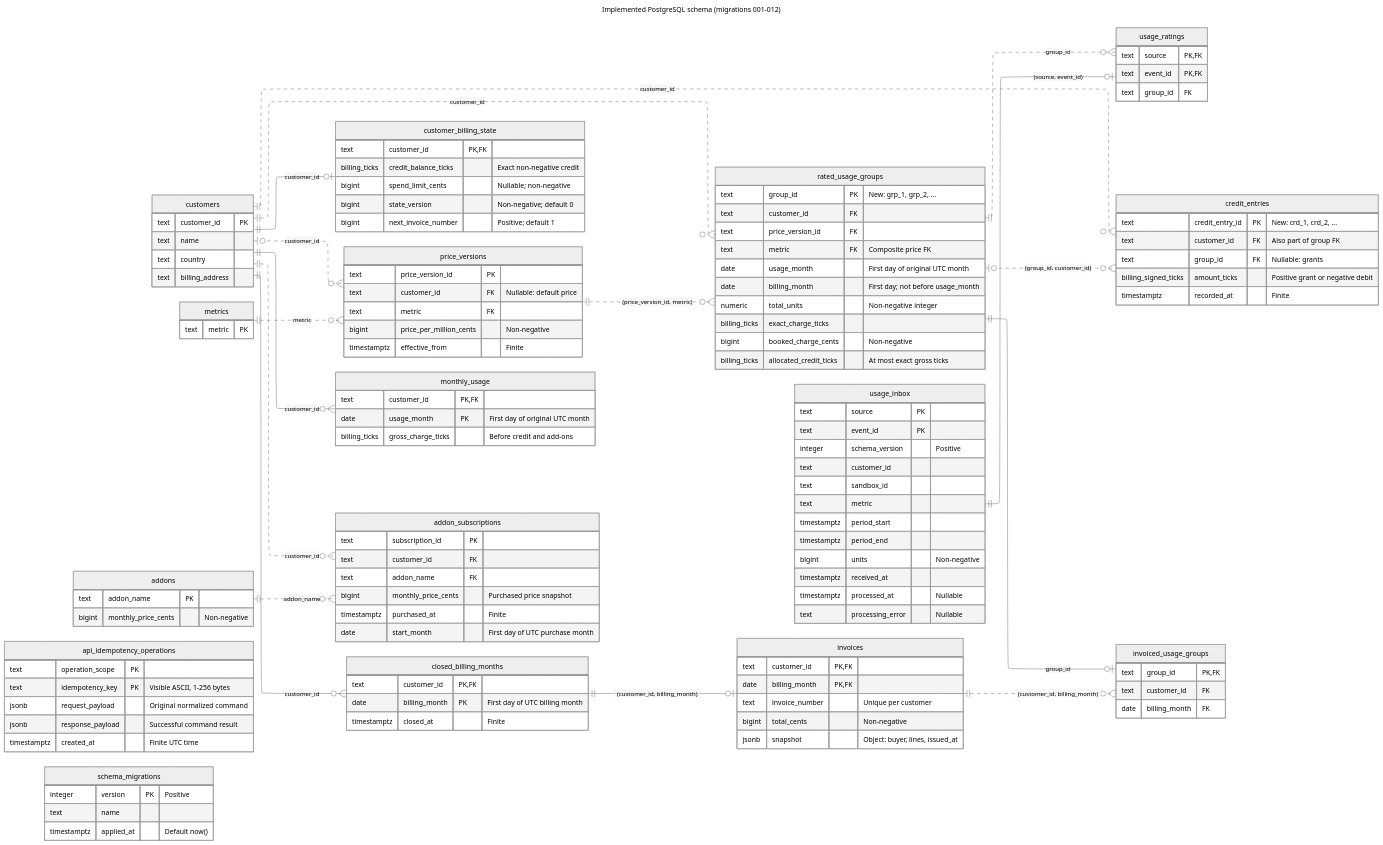
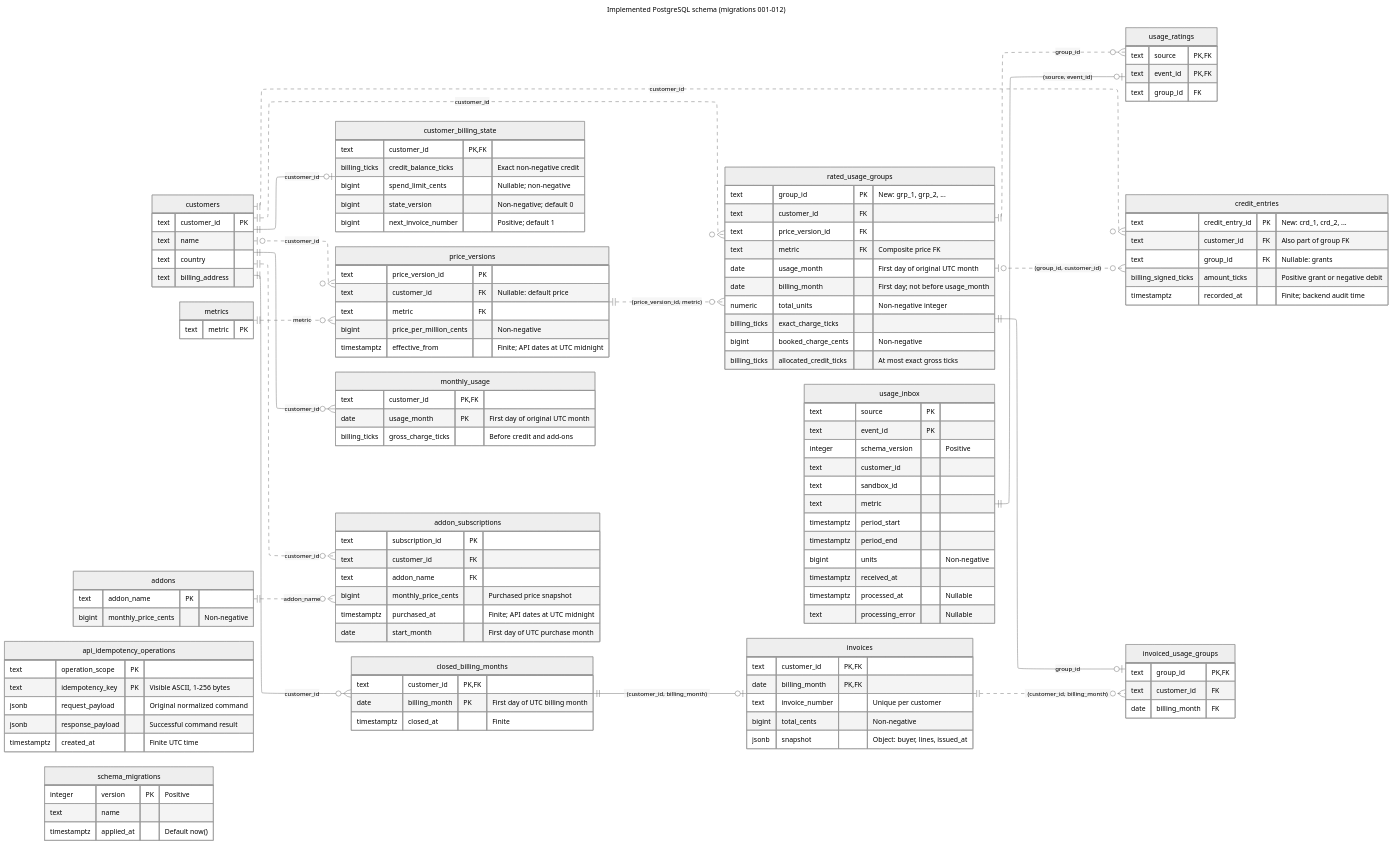
The diagram in docs/diagrams/implemented-data-model/implemented-data-model.mmd (pupitooo/e2b-billing-api), drawn with Mermaid (neutral theme) before and after one commit. The commit also changed 55 other files, not shown here.

First line of the commit message:
Use calendar dates for billing commands and server credit audit time

```diff
--- a/docs/diagrams/implemented-data-model/implemented-data-model.mmd
+++ b/docs/diagrams/implemented-data-model/implemented-data-model.mmd
@@ -1,161 +1,161 @@
 ---
 title: Implemented PostgreSQL schema (migrations 001-012)
 config:
   layout: elk
 ---
 erDiagram
     direction LR
 
     customers ||--o| customer_billing_state : customer_id
     customers |o..o{ price_versions : customer_id
     metrics ||..o{ price_versions : metric
     customers ||..o{ rated_usage_groups : customer_id
     price_versions ||..o{ rated_usage_groups : "(price_version_id, metric)"
     usage_inbox ||--o| usage_ratings : "(source, event_id)"
     rated_usage_groups ||..o{ usage_ratings : group_id
     customers ||--o{ monthly_usage : customer_id
     customers ||..o{ credit_entries : customer_id
     rated_usage_groups |o..o{ credit_entries : "(group_id, customer_id)"
     customers ||..o{ addon_subscriptions : customer_id
     addons ||..o{ addon_subscriptions : addon_name
 
     customers ||--o{ closed_billing_months : customer_id
     closed_billing_months ||--o| invoices : "(customer_id, billing_month)"
     invoices ||..o{ invoiced_usage_groups : "(customer_id, billing_month)"
     rated_usage_groups ||--o| invoiced_usage_groups : group_id
 
     usage_inbox {
         text source PK
         text event_id PK
         integer schema_version "Positive"
         text customer_id
         text sandbox_id
         text metric
         timestamptz period_start
         timestamptz period_end
         bigint units "Non-negative"
         timestamptz received_at
         timestamptz processed_at "Nullable"
         text processing_error "Nullable"
     }
     usage_ratings {
         text source PK,FK
         text event_id PK,FK
         text group_id FK
     }
     rated_usage_groups {
         text group_id PK "New: grp_1, grp_2, ..."
         text customer_id FK
         text price_version_id FK
         text metric FK "Composite price FK"
         date usage_month "First day of original UTC month"
         date billing_month "First day; not before usage_month"
         numeric total_units "Non-negative integer"
         billing_ticks exact_charge_ticks
         bigint booked_charge_cents "Non-negative"
         billing_ticks allocated_credit_ticks "At most exact gross ticks"
     }
     customers {
         text customer_id PK
         text name
         text country
         text billing_address
     }
     customer_billing_state {
         text customer_id PK,FK
         billing_ticks credit_balance_ticks "Exact non-negative credit"
         bigint spend_limit_cents "Nullable; non-negative"
         bigint state_version "Non-negative; default 0"
         bigint next_invoice_number "Positive; default 1"
     }
     metrics {
         text metric PK
     }
     price_versions {
         text price_version_id PK
         text customer_id FK "Nullable: default price"
         text metric FK
         bigint price_per_million_cents "Non-negative"
-        timestamptz effective_from "Finite"
+        timestamptz effective_from "Finite; API dates at UTC midnight"
     }
     monthly_usage {
         text customer_id PK,FK
         date usage_month PK "First day of original UTC month"
         billing_ticks gross_charge_ticks "Before credit and add-ons"
     }
     credit_entries {
         text credit_entry_id PK "New: crd_1, crd_2, ..."
         text customer_id FK "Also part of group FK"
         text group_id FK "Nullable: grants"
         billing_signed_ticks amount_ticks "Positive grant or negative debit"
-        timestamptz recorded_at "Finite"
+        timestamptz recorded_at "Finite; backend audit time"
     }
     addons {
         text addon_name PK
         bigint monthly_price_cents "Non-negative"
     }
     addon_subscriptions {
         text subscription_id PK
         text customer_id FK
         text addon_name FK
         bigint monthly_price_cents "Purchased price snapshot"
-        timestamptz purchased_at "Finite"
+        timestamptz purchased_at "Finite; API dates at UTC midnight"
         date start_month "First day of UTC purchase month"
     }
     closed_billing_months {
         text customer_id PK,FK
         date billing_month PK "First day of UTC billing month"
         timestamptz closed_at "Finite"
     }
     invoices {
         text customer_id PK,FK
         date billing_month PK,FK
         text invoice_number "Unique per customer"
         bigint total_cents "Non-negative"
         jsonb snapshot "Object: buyer, lines, issued_at"
     }
     invoiced_usage_groups {
         text group_id PK,FK
         text customer_id FK
         date billing_month FK
     }
     api_idempotency_operations {
         text operation_scope PK
         text idempotency_key PK "Visible ASCII, 1-256 bytes"
         jsonb request_payload "Original normalized command"
         jsonb response_payload "Successful command result"
         timestamptz created_at "Finite UTC time"
     }
     schema_migrations {
         integer version PK "Positive"
         text name
         timestamptz applied_at "Default now()"
     }
 
     %% This diagram covers all 16 tables after migrate.sql and migrations 001-012.
     %% All columns are NOT NULL unless explicitly labeled Nullable.
     %% PK and FK markers identify membership in primary and foreign keys, including composite keys.
     %% Solid relationships include parent identity in the child's primary key; dashed ones do not.
     %% Edges show declared foreign keys only; usage_inbox has no customer or metric FK.
     %% billing_ticks is numeric constrained to non-negative finite integers; 1 cent = 1_000_000 ticks.
     %% billing_signed_ticks is numeric constrained to signed finite integers for credit history.
     %% price_versions UNIQUE NULLS NOT DISTINCT: (customer_id, metric, effective_from).
     %% price_versions UNIQUE: (price_version_id, metric).
     %% rated_usage_groups UNIQUE: (customer_id, price_version_id, usage_month, billing_month).
     %% rated_usage_groups UNIQUE: (group_id, customer_id).
     %% addon_subscriptions UNIQUE: (customer_id, addon_name).
     %% invoices UNIQUE: (customer_id, invoice_number).
     %% price_versions, usage_ratings, and credit_entries reject updates and deletes through triggers.
     %% Closed months, API commands, invoices and invoiced groups reject updates and deletes.
     %% Triggers also preserve group identity and validate receipt customer, metric, and UTC month.
     %% A group referenced by invoiced_usage_groups rejects updates and deletes.
     %% InvoiceLine values are stored in invoices.snapshot.lines; there is no invoice_lines table.
     %% No extra FK matches invoiced_usage_groups customer/month to the group's customer/month.
     %% Those ownership checks belong to the closing transaction; edges show only declared FKs.
 
     %% api_idempotency_operations has no resource FK: the immutable result is a JSON snapshot.
     %% Prices, add-ons, credit grants and limit changes share this history; caller keys never become internal IDs.
     %% Scoped operation history rejects updates and deletes; financial effects and results commit together.
 
     %% Migration 012 adds owned, noncycling bigint sequences for new group and credit IDs.
     %% Existing IDs and references remain intact; rollback can leave sequence gaps.
```
